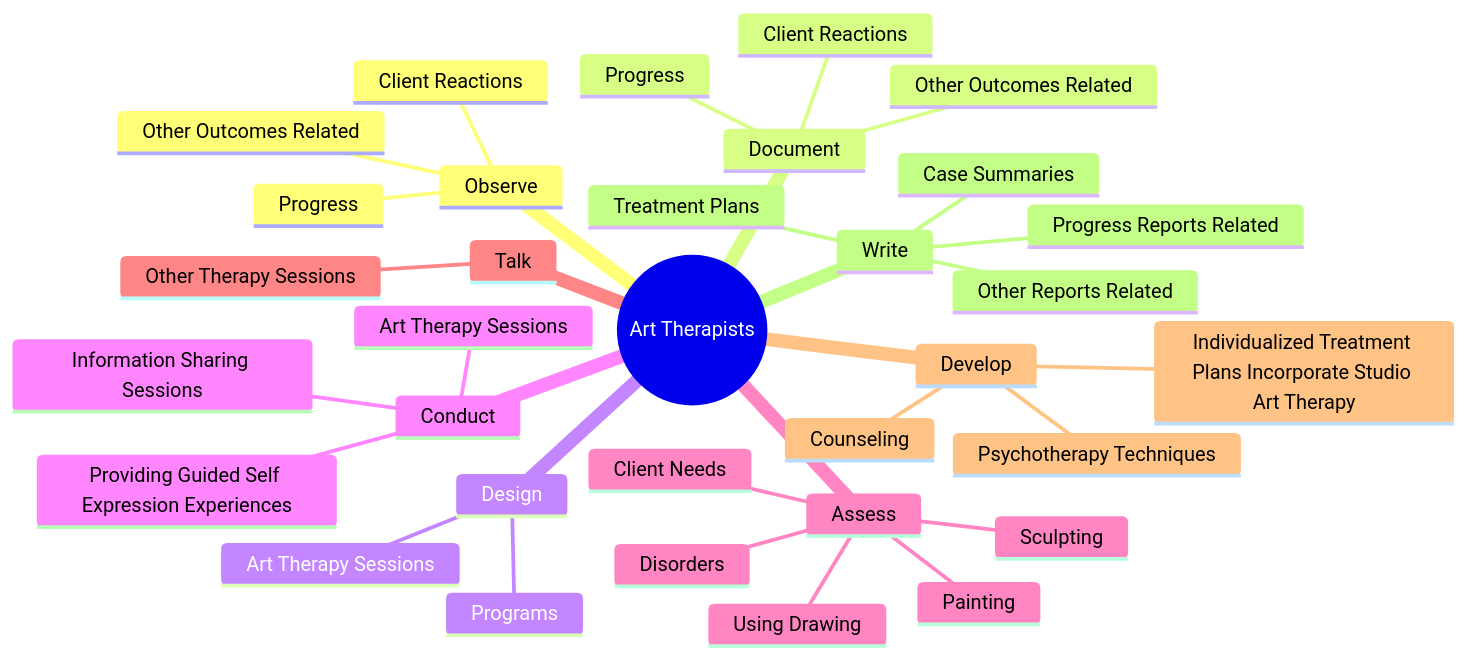
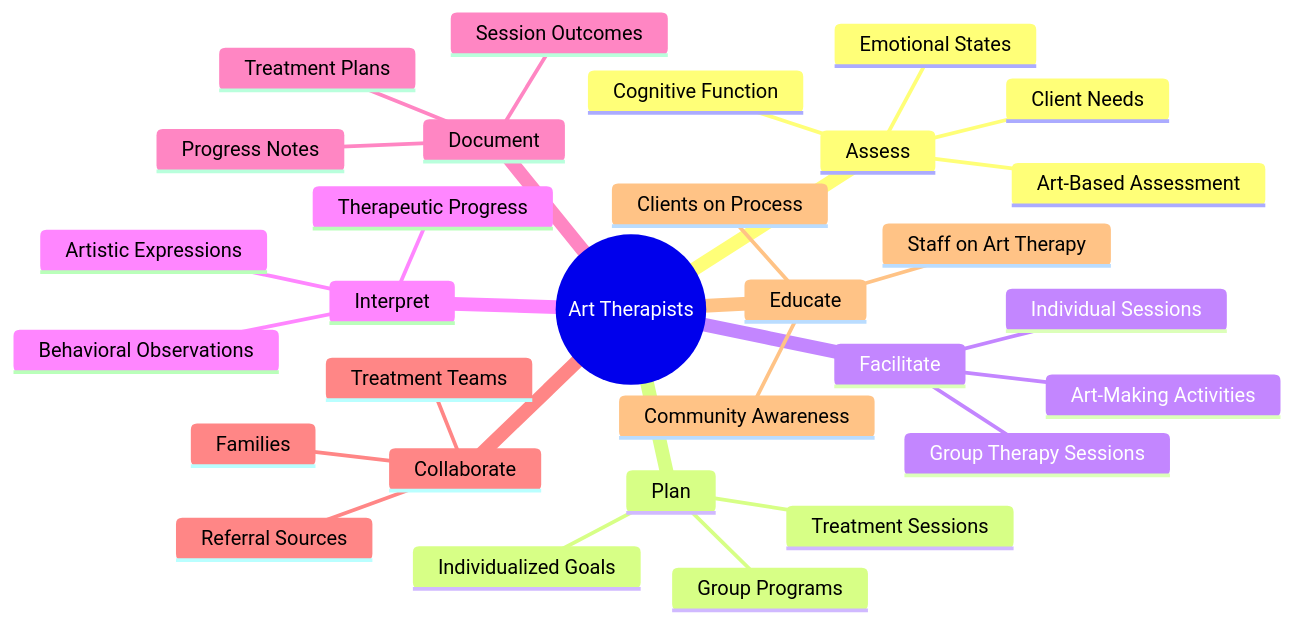
The second of 4 diagrams in occupations/HealthcarePractitioners/ArtTherapists.mdx (kziemski/business.org.ai), drawn with Mermaid before and after one commit. The commit also changed other lines of this file and 938 other files, not shown here.

````diff
--- a/occupations/HealthcarePractitioners/ArtTherapists.mdx
+++ b/occupations/HealthcarePractitioners/ArtTherapists.mdx
@@ -38,36 +46,33 @@
 ```mermaid
 mindmap
     root(("Art Therapists"))
-        Observe
-            Client Reactions
-            Progress
-            Other Outcomes Related
-        Document
-            Client Reactions
-            Progress
-            Other Outcomes Related
-        Design
-            Art Therapy Sessions
-            Programs
-        Conduct
-            Art Therapy Sessions
-            Providing Guided Self Expression Experiences
-            Information Sharing Sessions
         Assess
             Client Needs
-            Disorders
-            Using Drawing
-            Painting
-            Sculpting
-        Talk
-            Other Therapy Sessions
-        Develop
-            Individualized Treatment Plans Incorporate Studio Art Therapy
-            Counseling
-            Psychotherapy Techniques
-        Write
+            Emotional States
+            Cognitive Function
+            Art-Based Assessment
+        Plan
+            Treatment Sessions
+            Group Programs
+            Individualized Goals
+        Facilitate
+            Art-Making Activities
+            Group Therapy Sessions
+            Individual Sessions
+        Interpret
+            Artistic Expressions
+            Behavioral Observations
+            Therapeutic Progress
+        Document
             Treatment Plans
-            Case Summaries
-            Progress Reports Related
-            Other Reports Related
+            Progress Notes
+            Session Outcomes
+        Collaborate
+            Treatment Teams
+            Families
+            Referral Sources
+        Educate
+            Clients on Process
+            Staff on Art Therapy
+            Community Awareness
 ```
````
